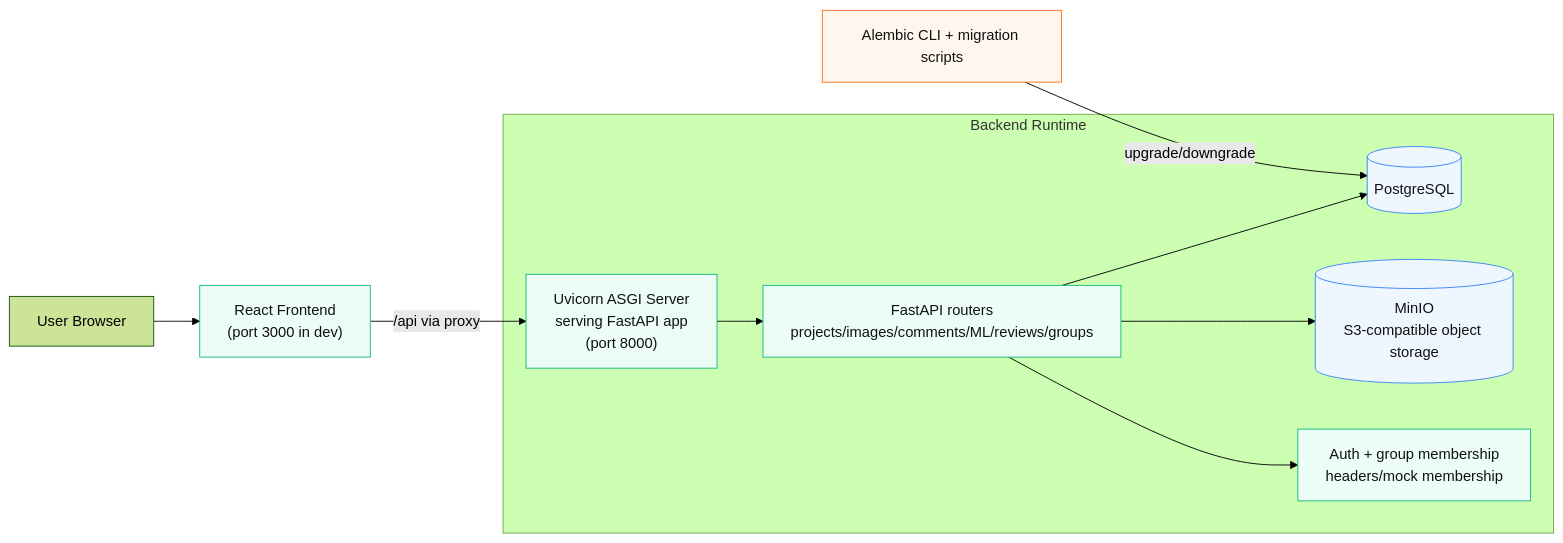
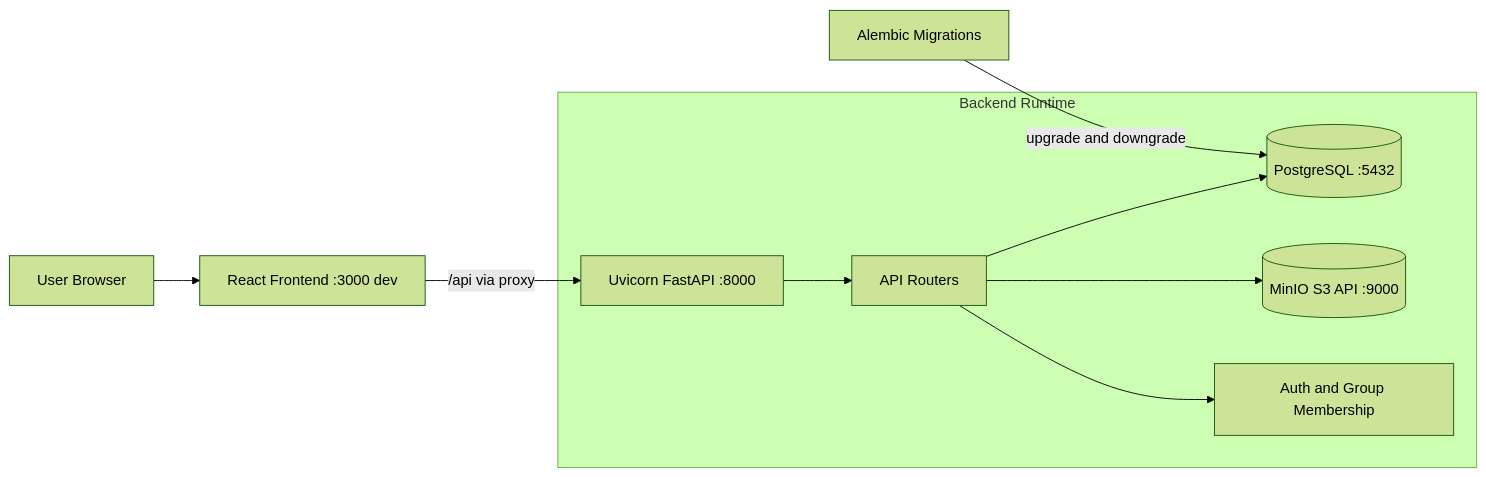
The diagram in docs/system-architecture-report.md (staylor-v1/VISTA), drawn with Mermaid (forest theme) before and after one commit. The commit also changed other lines of this file, not shown here.

Commit message:
docs: add default container ports and simplify mermaid architecture diagram

````diff
--- a/docs/system-architecture-report.md
+++ b/docs/system-architecture-report.md
@@ -11,22 +11,14 @@
 ```mermaid
 flowchart LR
-    U["User Browser"] --> FE["React Frontend<br/>(port 3000 in dev)"]
-    FE -->|/api via proxy| UV["Uvicorn ASGI Server<br/>serving FastAPI app<br/>(port 8000)"]
+    U[User Browser] --> FE[React Frontend :3000 dev]
+    FE -->|/api via proxy| UV[Uvicorn FastAPI :8000]
 
-    subgraph backend_runtime["Backend Runtime"]
-      UV --> API["FastAPI routers<br/>projects/images/comments/ML/reviews/groups"]
-      API --> DB[("PostgreSQL")]
-      API --> S3[("MinIO<br/>S3-compatible object storage")]
-      API --> AUTH["Auth + group membership<br/>headers/mock membership"]
+    subgraph backend_runtime [Backend Runtime]
+      UV --> API[API Routers]
+      API --> DB[(PostgreSQL :5432)]
+      API --> S3[(MinIO S3 API :9000)]
+      API --> AUTH[Auth and Group Membership]
     end
 
-    AL["Alembic CLI + migration scripts"] -->|upgrade/downgrade| DB
-
-    classDef infra fill:#eef7ff,stroke:#3b82f6,color:#111;
-    classDef app fill:#ecfdf5,stroke:#10b981,color:#111;
-    classDef ops fill:#fff7ed,stroke:#f97316,color:#111;
-
-    class FE,UV,API,AUTH app;
-    class DB,S3 infra;
-    class AL ops;
+    AL[Alembic Migrations] -->|upgrade and downgrade| DB
 ```
````
